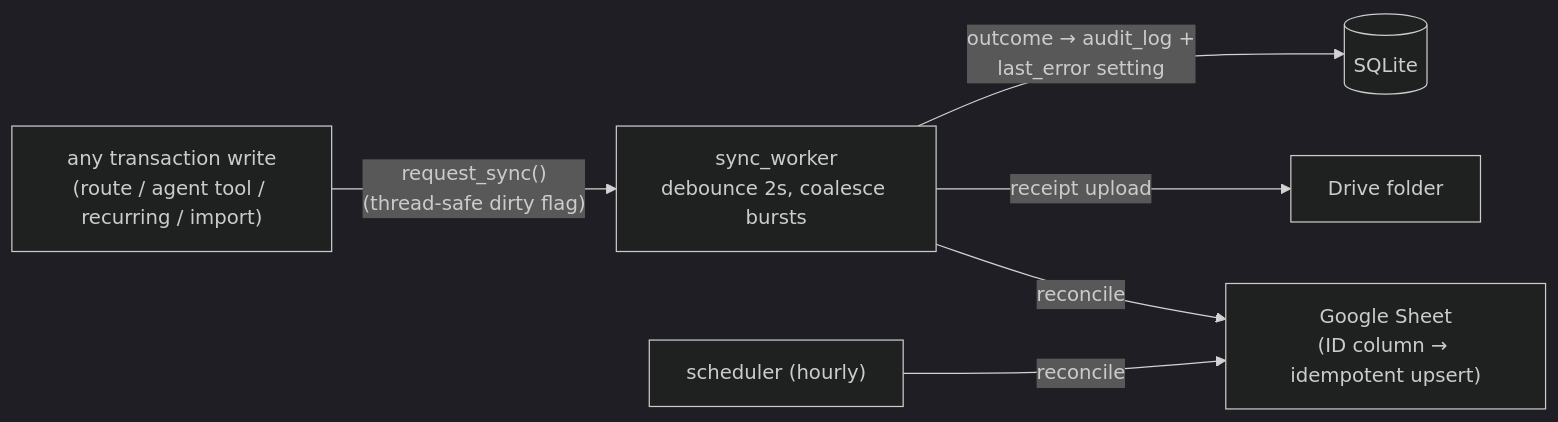
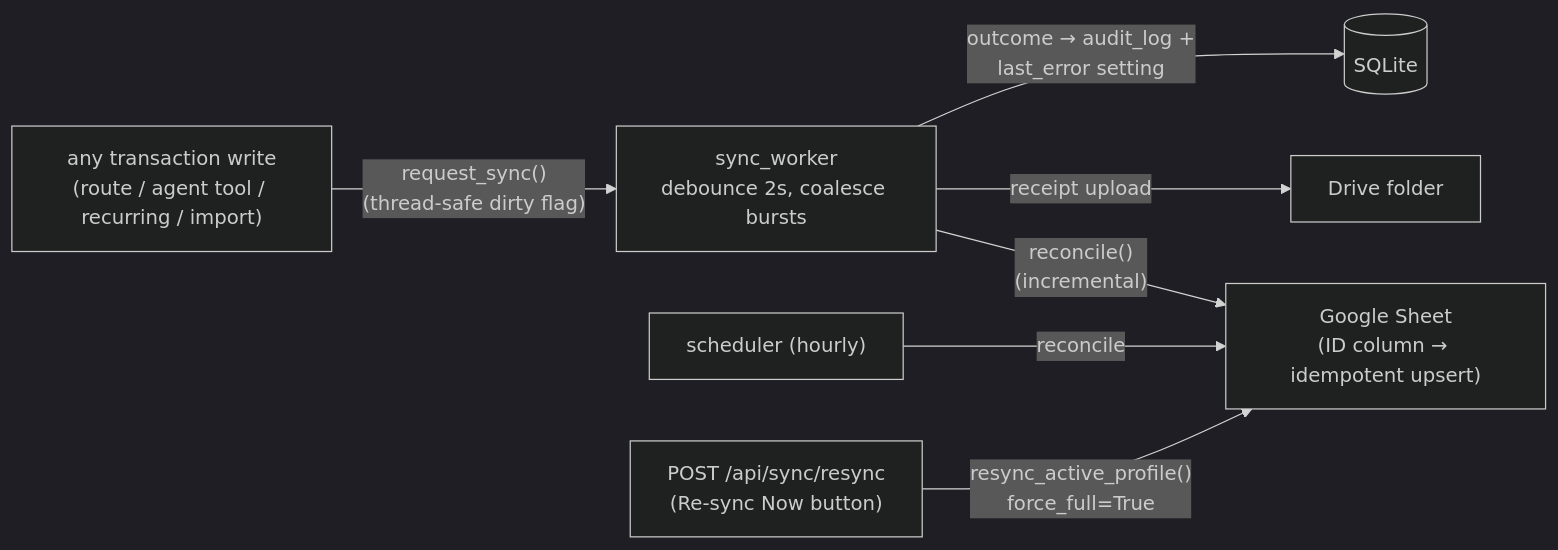
Before and after one commit to samsandeepmalik/agentic-expense-manager: the third of 5 diagrams in docs/architecture.md, drawn with Mermaid (dark theme). The commit also changed other lines of this file and 3 other files, not shown here.

````diff
--- a/docs/architecture.md
+++ b/docs/architecture.md
@@ -220,11 +220,13 @@
 ```mermaid
 flowchart LR
     WRITE["any transaction write<br/>(route / agent tool / recurring / import)"]
     -- "request_sync()<br/>(thread-safe dirty flag)" --> WORKER
 
     WORKER["sync_worker<br/>debounce 2s, coalesce bursts"]
-    -- reconcile --> SHEET["Google Sheet<br/>(ID column → idempotent upsert)"]
+    -- "reconcile()<br/>(incremental)" --> SHEET["Google Sheet<br/>(ID column → idempotent upsert)"]
     WORKER -- "receipt upload" --> DRIVE[Drive folder]
     HOURLY["scheduler (hourly)"] -- reconcile --> SHEET
+    RESYNC["POST /api/sync/resync<br/>(Re-sync Now button)"]
+    -- "resync_active_profile()<br/>force_full=True" --> SHEET
     WORKER -- "outcome → audit_log +<br/>last_error setting" --> DB[(SQLite)]
 ```
````
